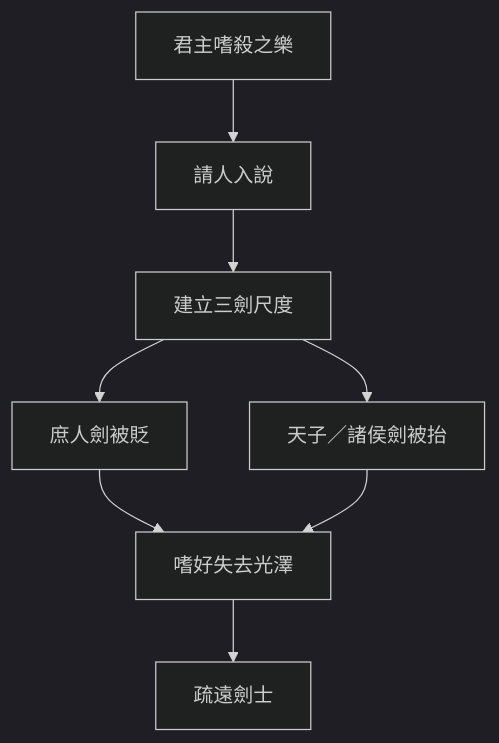
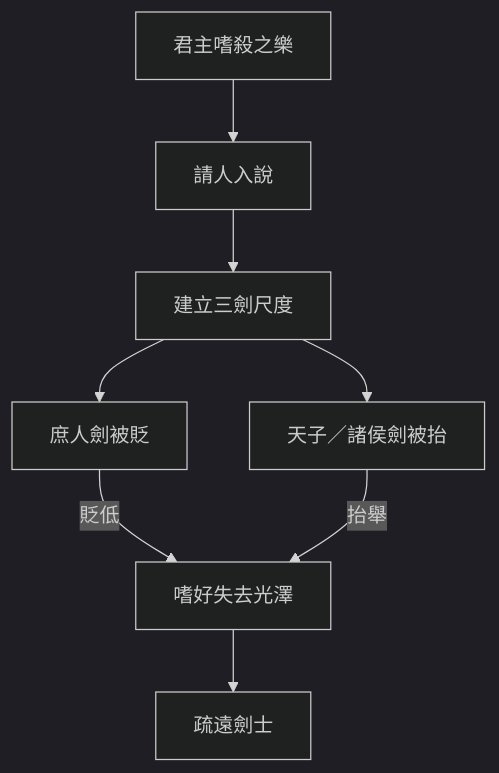
One commit to show0621/zhuangzi-atlas changed the diagram in content/chapters/03-雜篇/30-說劍.md. Above: the diagram before and after it, drawn with Mermaid (dark theme). The commit also changed 14 other files, not shown here.

First line of the commit message:
release: 合併心智圖渲染、12篇收束改寫與 Mermaid 標籤修正

````diff
--- a/content/chapters/03-雜篇/30-說劍.md
+++ b/content/chapters/03-雜篇/30-說劍.md
@@ -183,10 +183,10 @@
 ```mermaid
 flowchart TD
   A[君主嗜殺之樂] --> B[請人入說]
   B --> C[建立三劍尺度]
   C --> D[庶人劍被貶]
   C --> E[天子／諸侯劍被抬]
-  D --> F[嗜好失去光澤]
-  E --> F
+  D -->|貶低| F[嗜好失去光澤]
+  E -->|抬舉| F
   F --> G[疏遠劍士]
 ```
````
